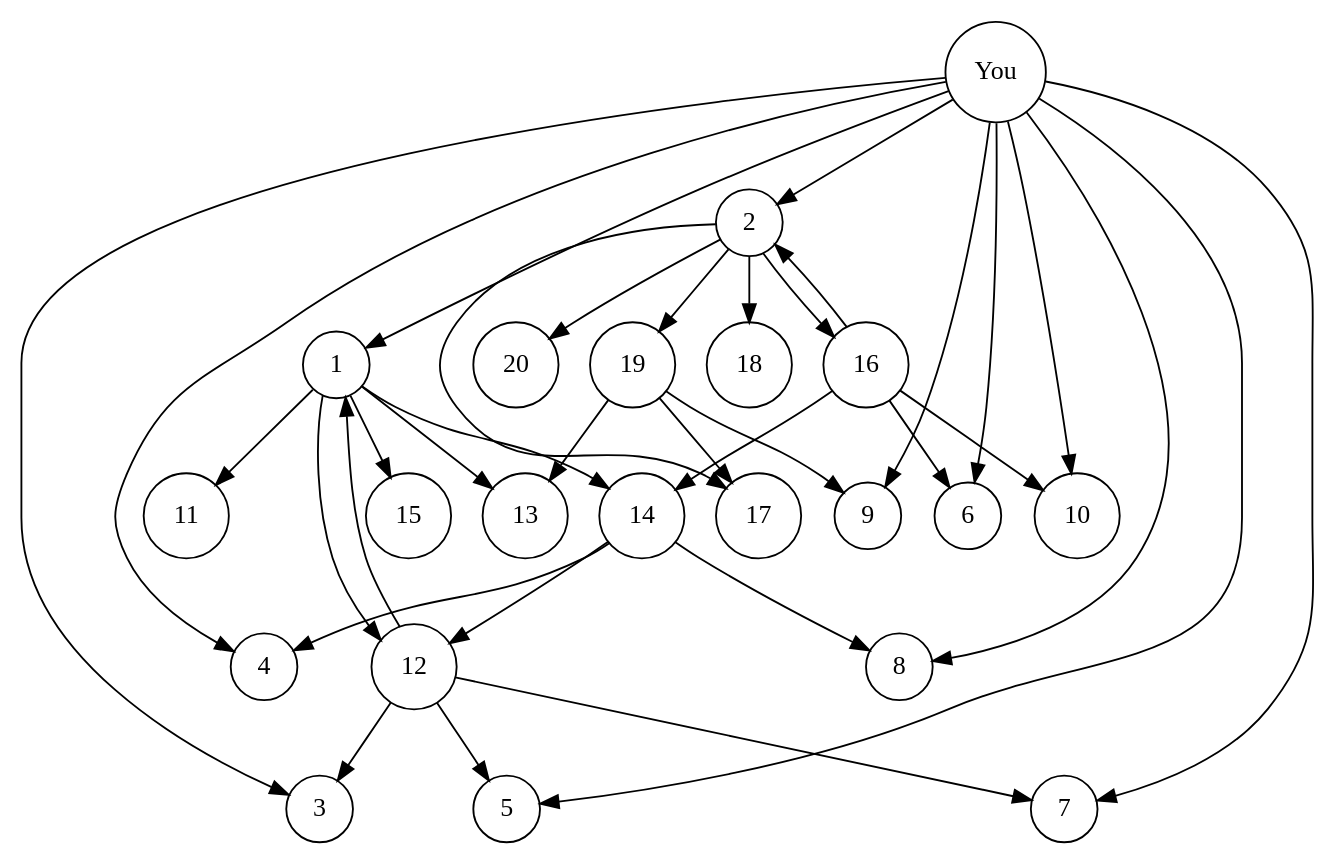
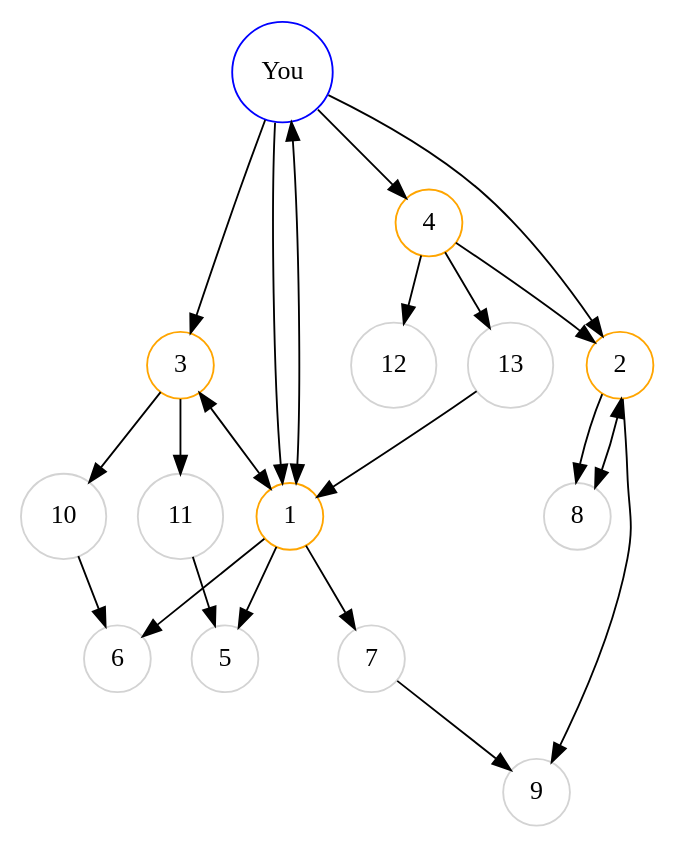
Before and after one commit to DhruvDh/itsc-2214-readings: the third of 24 diagrams in 21_graphs.qmd, drawn with Graphviz. The commit also changed other lines of this file and 18 other files, not shown here.

Commit message:
improved graphs chapter

````diff
--- a/21_graphs.qmd
+++ b/21_graphs.qmd
@@ -41,14 +59,39 @@
 ```{dot}
 //| label: fig-instagram-followers-directed
-//| fig-cap: A directed representation of your Instagram followers. Here, an arrow going from vertex $A$ to vertex $B$ indicates that $A$ follows $B$, but $B$ does not necessarily follow $A$.
+//| fig-cap: "A directed representation of your Instagram followers. Here, an arrow going from vertex $A$ to vertex $B$ indicates that $A$ follows $B$, but $B$ does not necessarily follow $A$. The users are color-coded: blue for you, orange for direct followers, and light grey for followers of followers. Note that the graph reflects mutual follows, unreciprocated follows, and connections among followers, which a tree structure would not capture."
 digraph G {
   node [shape=circle];
-  You -> {1, 2, 3, 4, 5, 6, 7, 8, 9, 10};
-  1 -> {11, 12, 13, 14, 15};
-  2 -> {16, 17, 18, 19, 20};
-  12 -> {1, 3, 5, 7};
-  14 -> {4, 8, 12};
-  16 -> {2, 6, 10, 14};
-  19 -> {9, 13, 17};
+  You [label="You", color="blue"]
+  Follower1 [label="1", color="orange"]
+  Follower2 [label="2", color="orange"]
+  Follower3 [label="3", color="orange"]
+  Follower4 [label="4", color="orange"]
+  Follower5 [label="5", color="lightgrey"]
+  Follower6 [label="6", color="lightgrey"]
+  Follower7 [label="7", color="lightgrey"]
+  Follower8 [label="8", color="lightgrey"]
+  Follower9 [label="9", color="lightgrey"]
+  Follower10 [label="10", color="lightgrey"]
+  Follower11 [label="11", color="lightgrey"]
+  Follower12 [label="12", color="lightgrey"]
+  Follower13 [label="13", color="lightgrey"]
+  
+  You -> {Follower1, Follower2, Follower3, Follower4};
+  Follower1 -> {Follower5, Follower6, Follower7};
+  Follower2 -> {Follower8, Follower9};
+  Follower3 -> {Follower10, Follower11};
+  Follower4 -> {Follower12, Follower13};
+
+  // Add mutual follows
+  Follower1 -> You [dir="both"];
+  Follower3 -> Follower1 [dir="both"];
+  Follower2 -> Follower8 [dir="both"];
+  
+  // Add connections among followers
+  Follower4 -> Follower2;
+  Follower7 -> Follower9;
+  Follower10 -> Follower6;
+  Follower11 -> Follower5;
+  Follower13 -> Follower1;
 }
 ```
````
